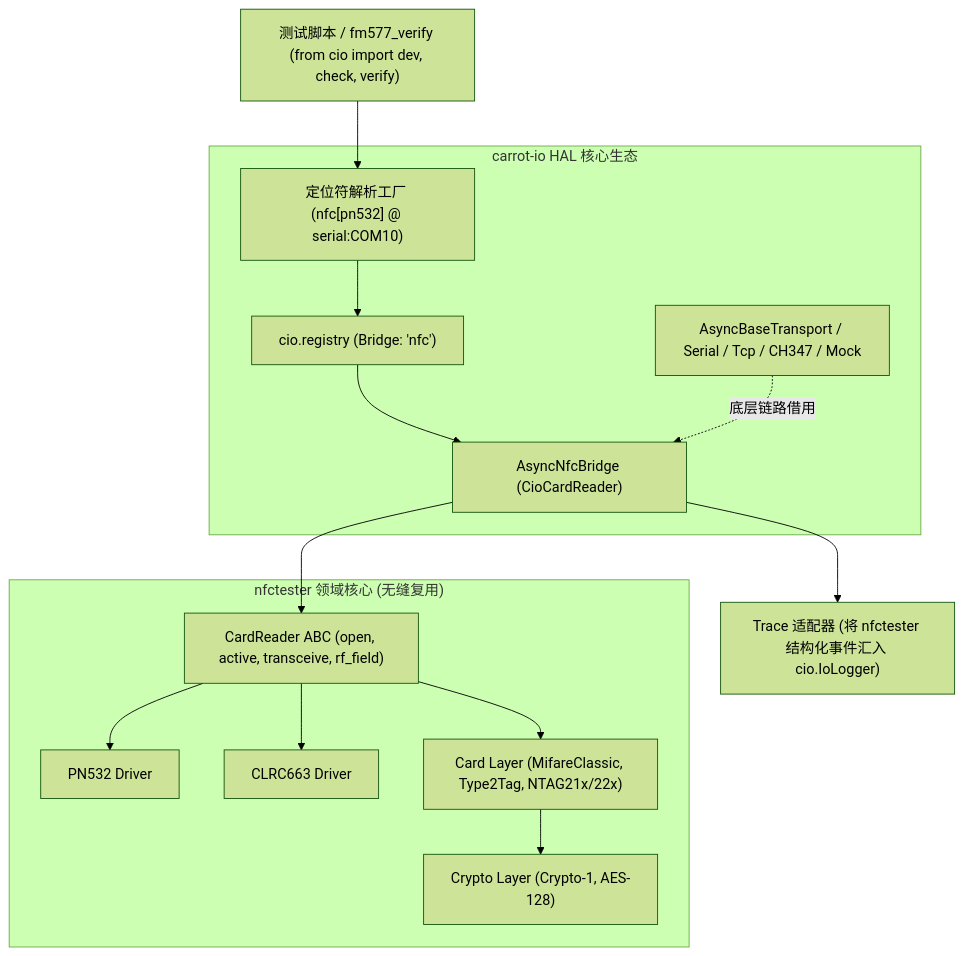
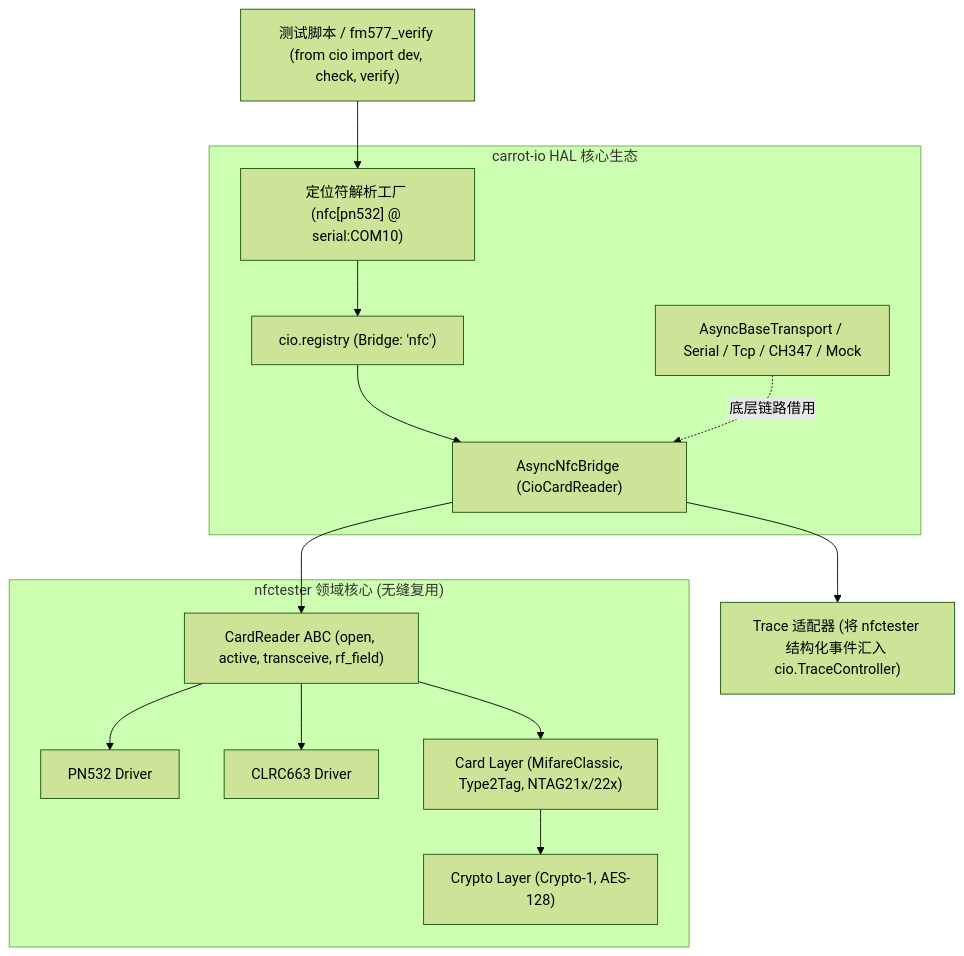
One commit to CRThu/carrot-io changed the diagram in NFC_ROADMAP.md. Above: the diagram before and after it, drawn with Mermaid (forest theme). The commit also changed other lines of this file and 25 other files, not shown here.

First line of the commit message:
refactor(trace)!: 全面重命名并升级为 TraceController，引入 ShowController 结构化控制

````diff
--- a/NFC_ROADMAP.md
+++ b/NFC_ROADMAP.md
@@ -51,20 +51,20 @@
 ```mermaid
 graph TD
     User["测试脚本 / fm577_verify (from cio import dev, check, verify)"] --> URI["定位符解析工厂 (nfc[pn532] @ serial:COM10)"]
     
     subgraph CIO ["carrot-io HAL 核心生态"]
         URI --> Reg["cio.registry (Bridge: 'nfc')"]
         Reg --> Bridge["AsyncNfcBridge (CioCardReader)"]
         BaseTrans["AsyncBaseTransport / Serial / Tcp / CH347 / Mock"] -.底层链路借用.-> Bridge
     end
 
     subgraph NFCTester ["nfctester 领域核心 (无缝复用)"]
         Bridge --> CardReader["CardReader ABC (open, active, transceive, rf_field)"]
         CardReader --> PN532["PN532 Driver"]
         CardReader --> CLRC["CLRC663 Driver"]
         CardReader --> CardLayer["Card Layer (MifareClassic, Type2Tag, NTAG21x/22x)"]
         CardLayer --> Crypto["Crypto Layer (Crypto-1, AES-128)"]
     end
 
-    Bridge --> TraceBridge["Trace 适配器 (将 nfctester 结构化事件汇入 cio.IoLogger)"]
+    Bridge --> TraceBridge["Trace 适配器 (将 nfctester 结构化事件汇入 cio.TraceController)"]
 ```
````
